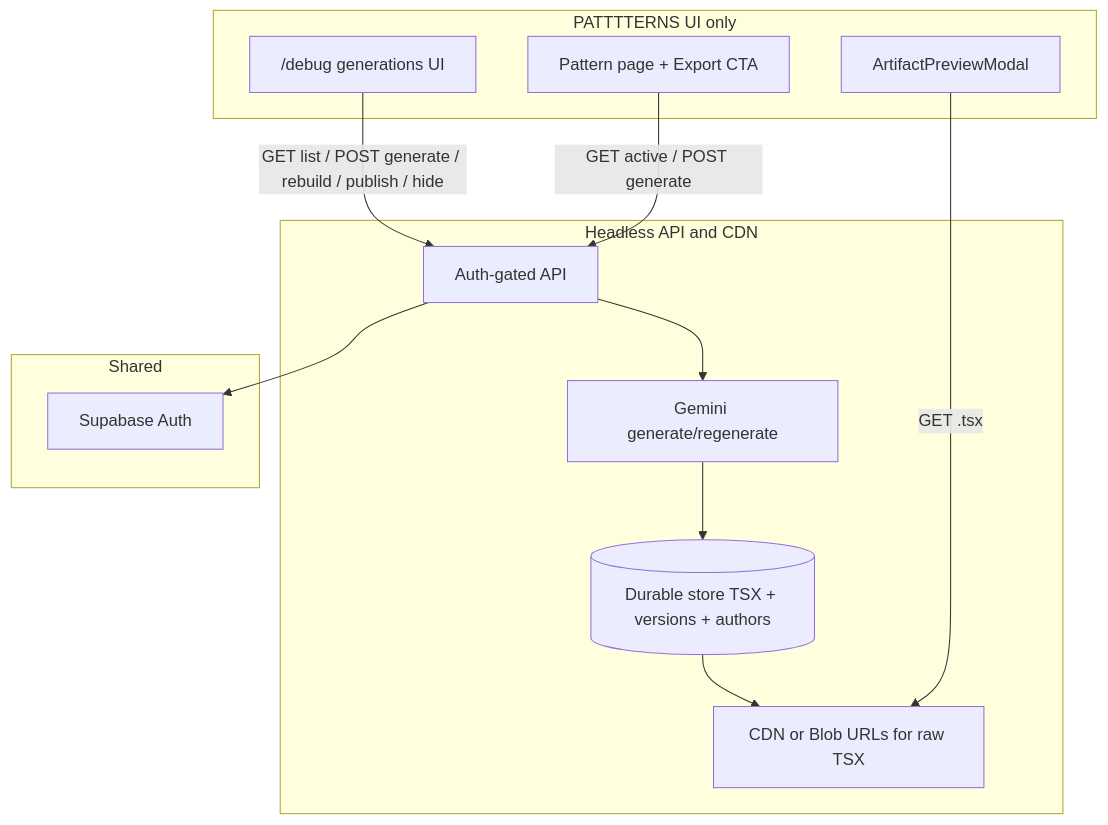
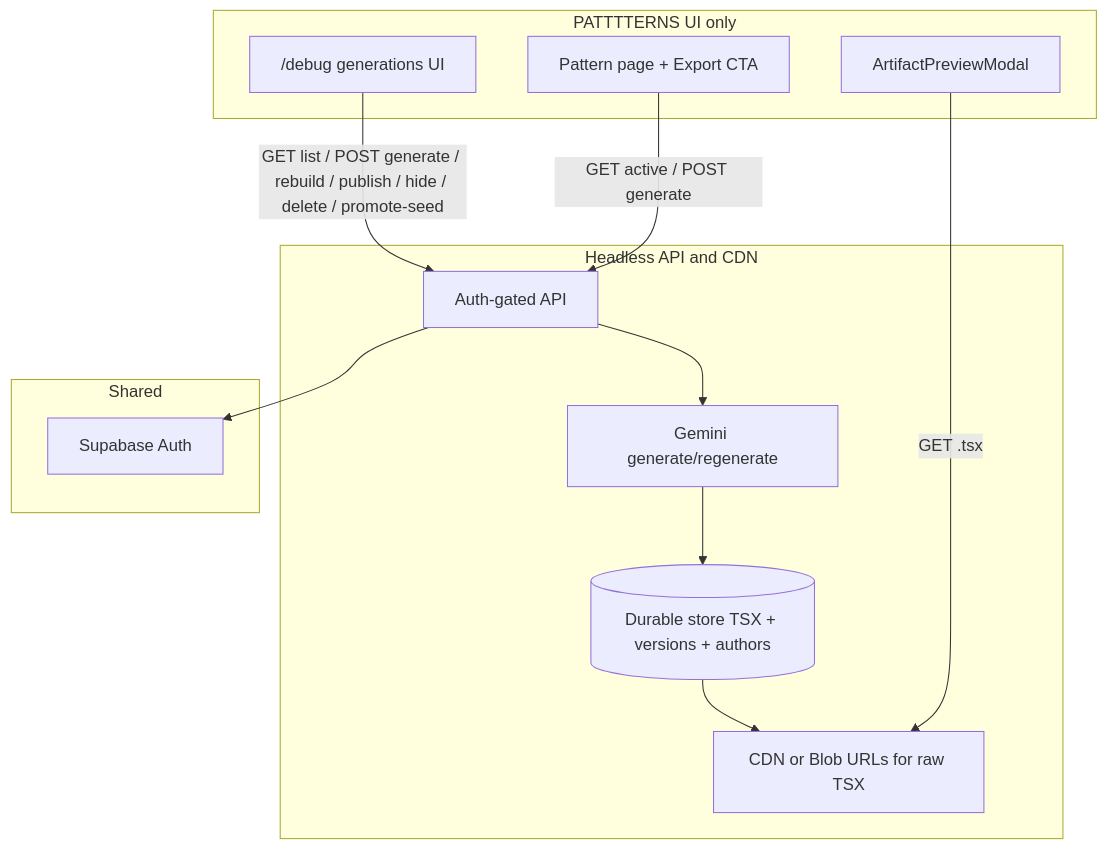
One commit to pabliqe/patttterns-docs changed the diagram in product-roadmaps/specs/components-api-cdn-prd.md. Above: the diagram before and after it, drawn with Mermaid. The commit also changed other lines of this file and 6 other files, not shown here.

````diff
--- a/product-roadmaps/specs/components-api-cdn-prd.md
+++ b/product-roadmaps/specs/components-api-cdn-prd.md
@@ -49,26 +49,26 @@
 ```mermaid
 flowchart TB
   subgraph mainSite [PATTTTERNS UI only]
     PatternPage[Pattern page + Export CTA]
     DebugUI["/debug generations UI"]
     PreviewModal[ArtifactPreviewModal]
   end
 
   subgraph componentsBackend [Headless API and CDN]
     API[Auth-gated API]
     GenWorker[Gemini generate/regenerate]
     Store[(Durable store TSX + versions + authors)]
     TsxCdn[CDN or Blob URLs for raw TSX]
   end
 
   subgraph identity [Shared]
     Supabase[Supabase Auth]
   end
 
   PatternPage -->|"GET active / POST generate"| API
-  DebugUI -->|"GET list / POST generate / rebuild / publish / hide"| API
+  DebugUI -->|"GET list / POST generate / rebuild / publish / hide / delete / promote-seed"| API
   PreviewModal -->|"GET .tsx"| TsxCdn
   API --> GenWorker --> Store
   Store --> TsxCdn
   API --> Supabase
 ```
````
